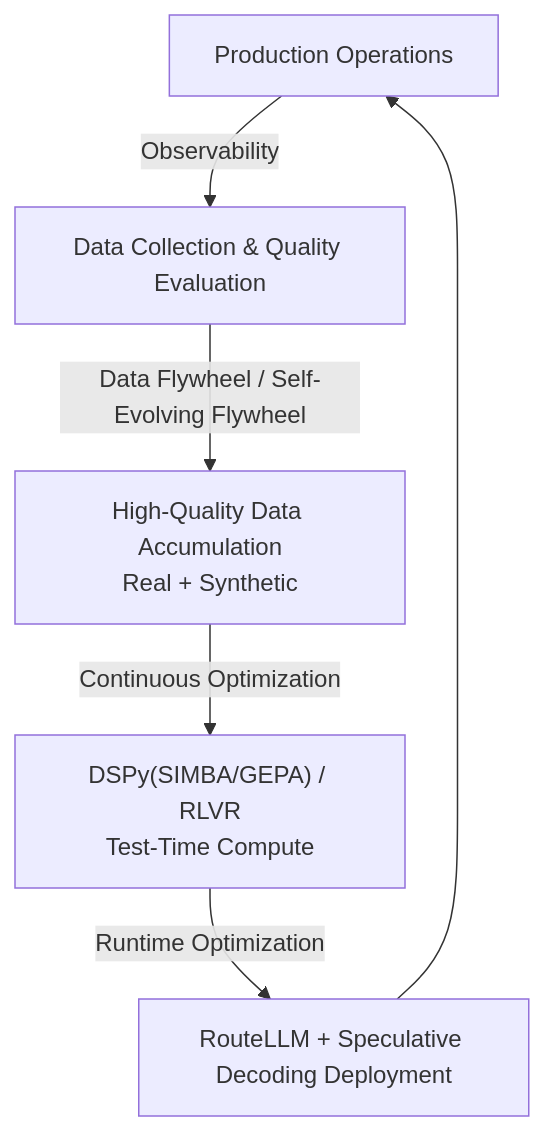
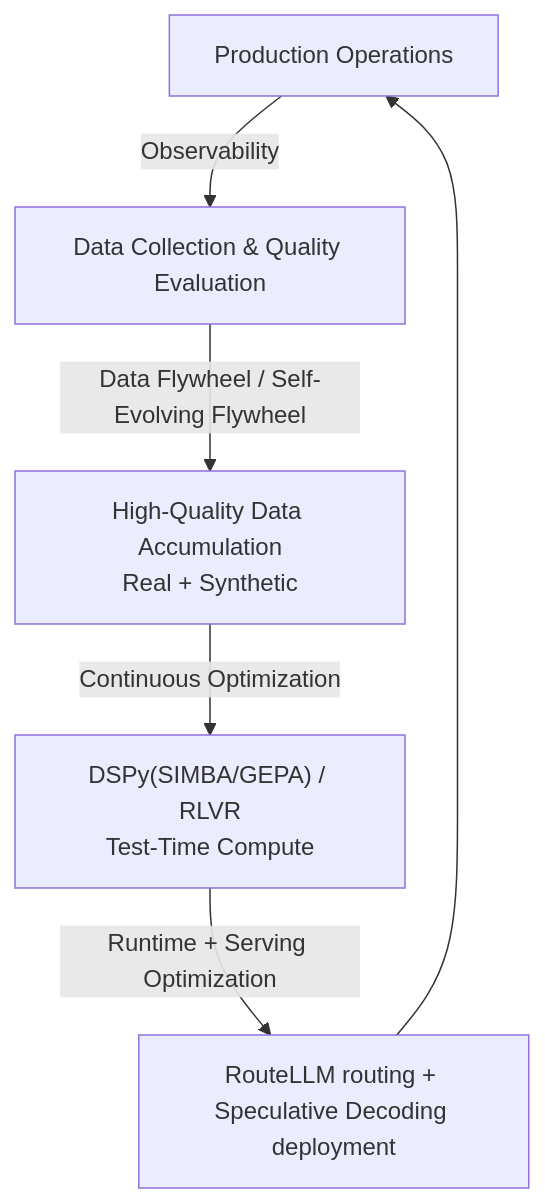
One commit to TaeHunKim/AIEngineeringLLMWiki changed the diagram in wiki/en/AI/Engineering/Loop_Engineering/Loop_Engineering.md. Above: the diagram before and after it, drawn with Mermaid. The commit also changed other lines of this file and 82 other files, not shown here.

````diff
--- a/wiki/en/AI/Engineering/Loop_Engineering/Loop_Engineering.md
+++ b/wiki/en/AI/Engineering/Loop_Engineering/Loop_Engineering.md
@@ -12,8 +12,8 @@
 ```mermaid
 flowchart TD
     A[Production Operations] -->|Observability| B["Data Collection & Quality Evaluation"]
     B -->|"Data Flywheel / Self-Evolving Flywheel"| C["High-Quality Data Accumulation<br/>Real + Synthetic"]
     C -->|Continuous Optimization| D["DSPy(SIMBA/GEPA) / RLVR<br/>Test-Time Compute"]
-    D -->|Runtime Optimization| E["RouteLLM + Speculative Decoding Deployment"]
+    D -->|"Runtime + Serving Optimization"| E["RouteLLM routing + Speculative Decoding deployment"]
     E --> A
 ```
````
